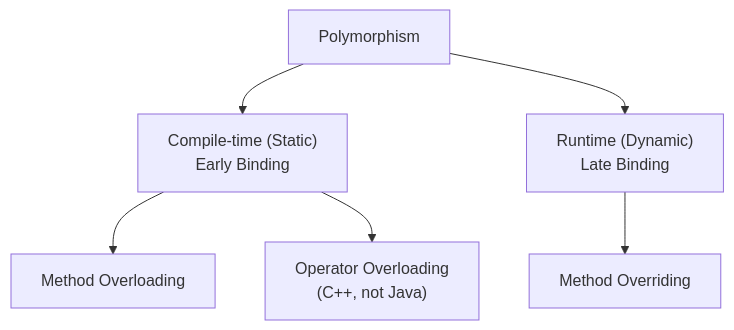
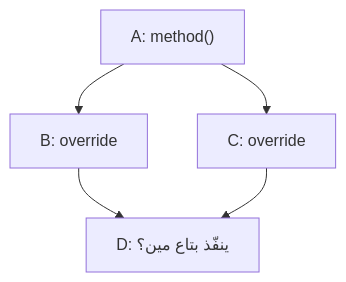
One commit to muhammad-khaled-tech/My-Study-Notes changed the third of 3 diagrams in interviews/01-oop.md. Above: the diagram before and after it, drawn with Mermaid. The commit also changed other lines of this file and 3 other files, not shown here.

````diff
--- a/interviews/01-oop.md
+++ b/interviews/01-oop.md
@@ -907,8 +1719,7 @@
 ```mermaid
 flowchart TD
-    P["Polymorphism"] --> C["Compile-time (Static)<br/>Early Binding"]
-    P --> R["Runtime (Dynamic)<br/>Late Binding"]
-    C --> OL["Method Overloading"]
-    C --> OP["Operator Overloading<br/>(C++, not Java)"]
-    R --> OR["Method Overriding"]
+    A["A: method()"] --> B["B: override"]
+    A --> C["C: override"]
+    B --> D["D: ينفّذ بتاع مين؟"]
+    C --> D
 ```
````
